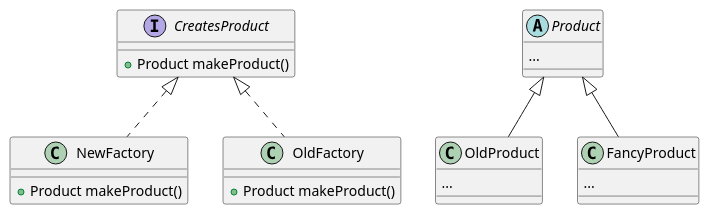
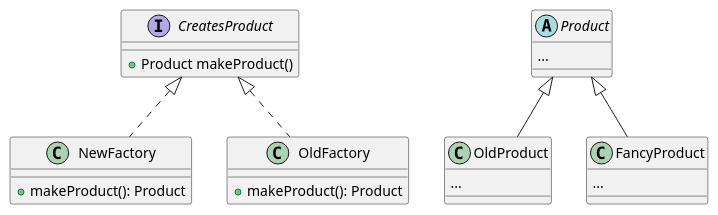
One commit to nl253/Notes changed the diagram in Software-Engineering/System-Design/Design-Patterns/factory-method.puml. Above: the diagram before and after it, drawn with PlantUML. The commit also changed 308 other files, not shown here.

```diff
--- a/Software-Engineering/System-Design/Design-Patterns/factory-method.puml
+++ b/Software-Engineering/System-Design/Design-Patterns/factory-method.puml
@@ -1,27 +1,27 @@
 @startuml
 
 interface CreatesProduct {
-    + Product makeProduct()
+  + Product makeProduct()
 }
 
 abstract class Product {
-    ...
+  ...
 }
 
 class OldProduct extends Product {
-    ...
+  ...
 }
 
 class FancyProduct extends Product {
-    ...
+  ...
 }
 
 class NewFactory implements CreatesProduct {
-    + Product makeProduct()
+  + makeProduct(): Product
 }
 
 class OldFactory implements CreatesProduct {
-    + Product makeProduct()
+  + makeProduct(): Product
 }
 
 @enduml
```
